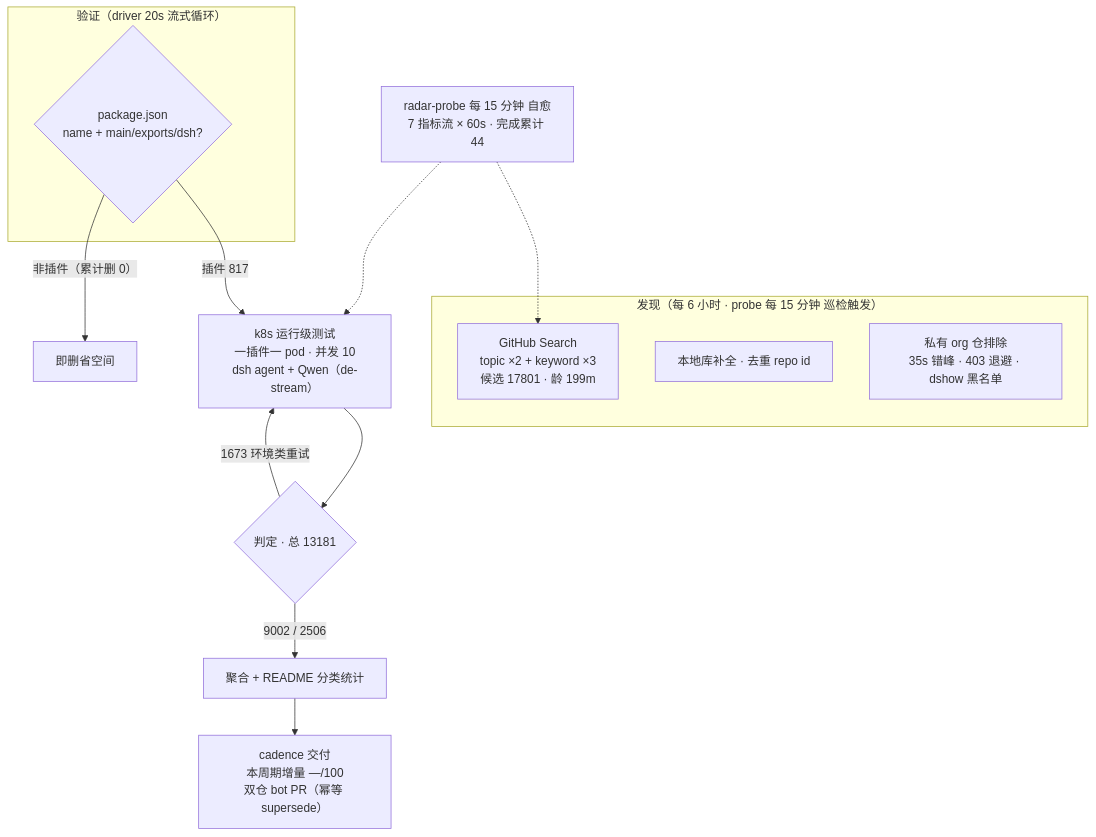
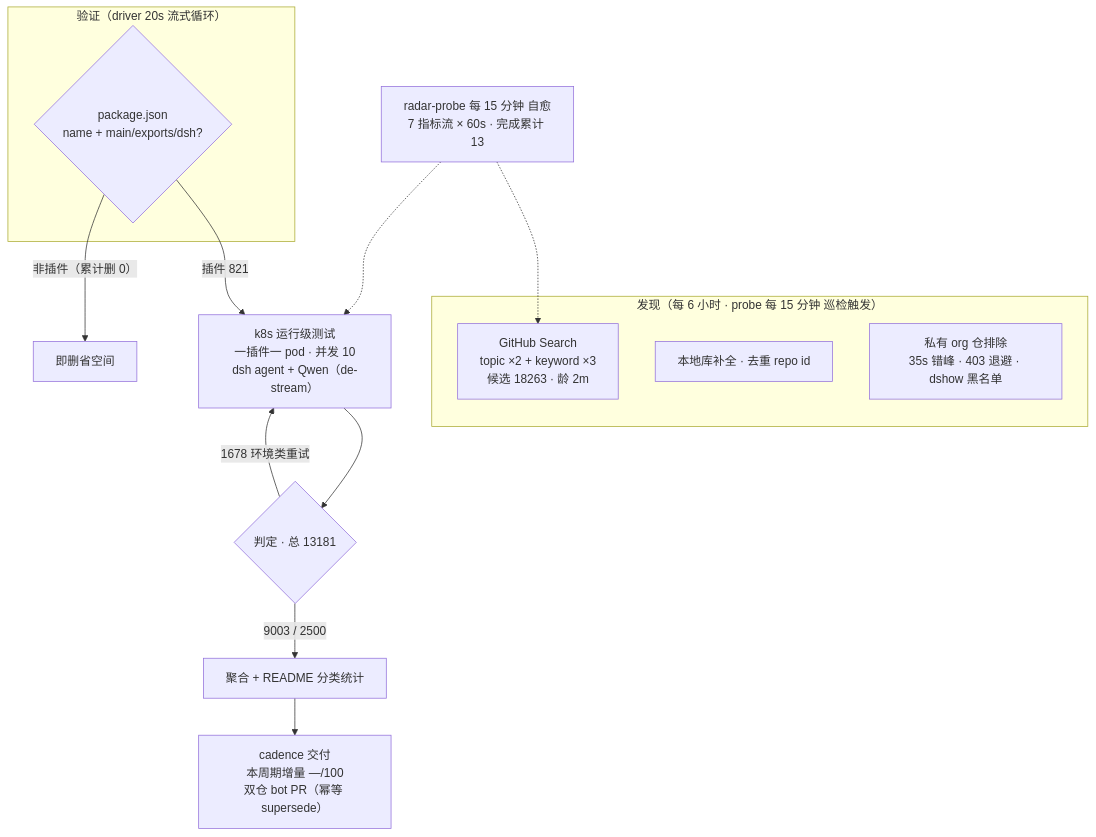
One commit to AdamPlatin123/awesome-dsh-plugins changed the diagram in README.md. Above: the diagram before and after it, drawn with Mermaid. The commit also changed other lines of this file and 5 other files, not shown here.

````diff
--- a/README.md
+++ b/README.md
@@ -52,20 +52,20 @@
 ```mermaid
 flowchart TB
     subgraph Discovery["发现（每 6 小时 · probe 每 15 分钟 巡检触发）"]
-        A1["GitHub Search<br/>topic ×2 + keyword ×3<br/>候选 17801 · 龄 199m"]
+        A1["GitHub Search<br/>topic ×2 + keyword ×3<br/>候选 18263 · 龄 2m"]
         A2["本地库补全 · 去重 repo id"]
         A3["私有 org 仓排除<br/>35s 错峰 · 403 退避 · dshow 黑名单"]
     end
     subgraph Validation["验证（driver 20s 流式循环）"]
         B1{"package.json<br/>name + main/exports/dsh?"}
     end
-    B1 -->|"插件 817"| C1["k8s 运行级测试<br/>一插件一 pod · 并发 10<br/>dsh agent + Qwen（de-stream）"]
+    B1 -->|"插件 821"| C1["k8s 运行级测试<br/>一插件一 pod · 并发 10<br/>dsh agent + Qwen（de-stream）"]
     B1 -->|"非插件（累计删 0）"| B3["即删省空间"]
     C1 --> D1{"判定 · 总 13181"}
-    D1 -->|"9002 / 2506"| E1["聚合 + README 分类统计"]
-    D1 -->|"1673 环境类重试"| C1
+    D1 -->|"9003 / 2500"| E1["聚合 + README 分类统计"]
+    D1 -->|"1678 环境类重试"| C1
     E1 --> E2["cadence 交付<br/>本周期增量 —/100<br/>双仓 bot PR（幂等 supersede）"]
-    M["radar-probe 每 15 分钟 自愈<br/>7 指标流 × 60s · 完成累计 44"]
+    M["radar-probe 每 15 分钟 自愈<br/>7 指标流 × 60s · 完成累计 13"]
     M -.-> A1
     M -.-> C1
 ```
````
